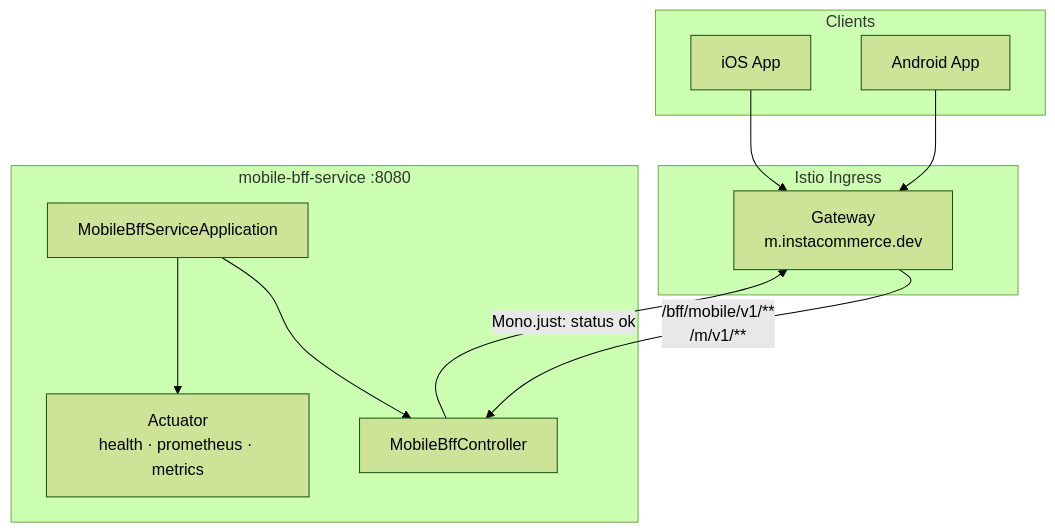
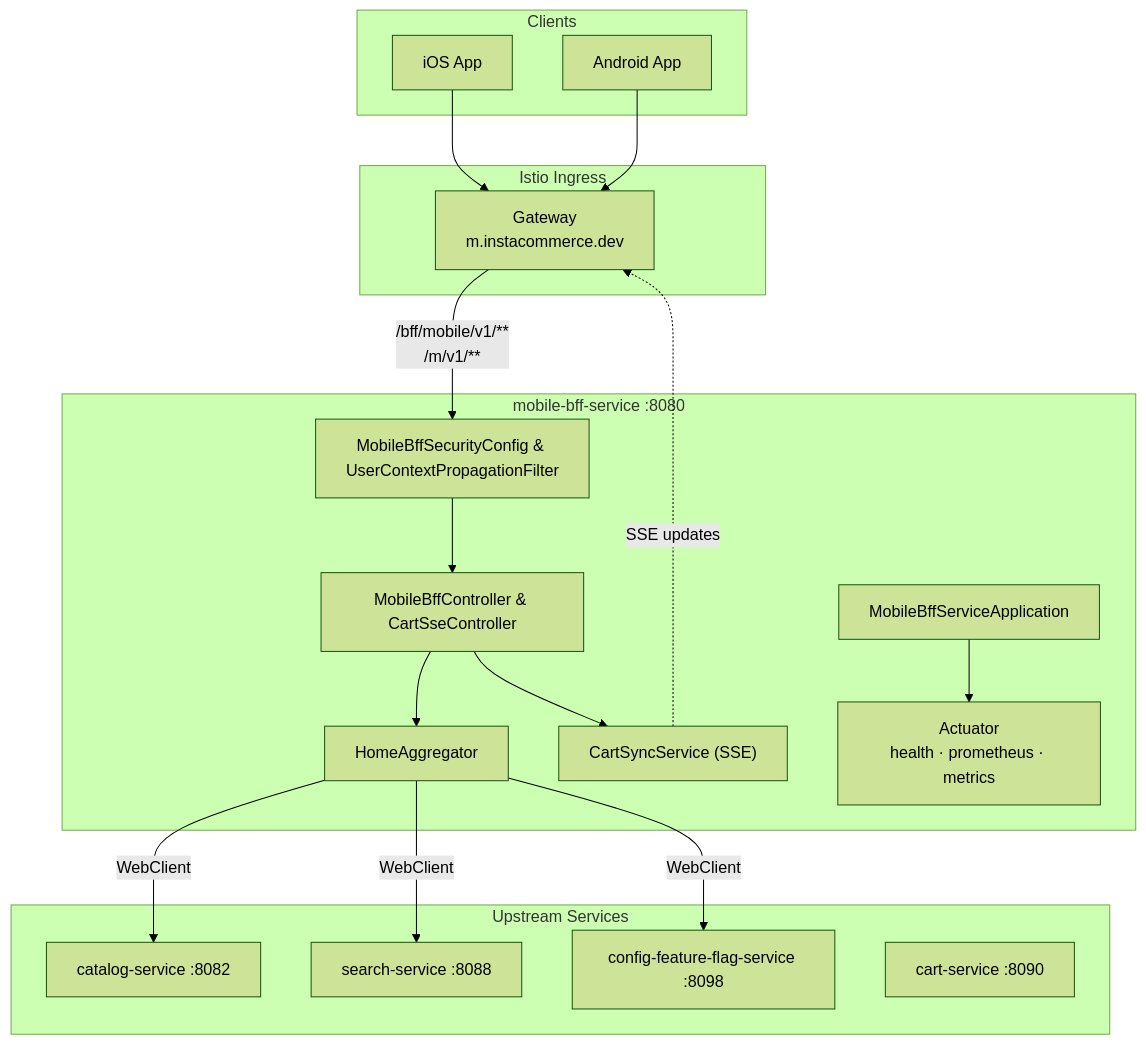
The first of 7 diagrams in services/mobile-bff-service/README.md (sunitakeazycommerz-a11y/InstaCommerce), drawn with Mermaid (forest theme) before and after one commit. The commit also changed other lines of this file and 77 other files, not shown here.

First line of the commit message:
docs: reconcile monorepo architecture, services and runbooks with codebase truth

````diff
--- a/services/mobile-bff-service/README.md
+++ b/services/mobile-bff-service/README.md
@@ -85,24 +85,39 @@
 ```mermaid
 graph TB
     subgraph Clients
         IOS["iOS App"]
         ANDROID["Android App"]
     end
 
     subgraph "Istio Ingress"
         IG["Gateway<br/>m.instacommerce.dev"]
     end
 
     subgraph "mobile-bff-service :8080"
         APP["MobileBffServiceApplication"]
-        CTRL["MobileBffController"]
+        SEC["MobileBffSecurityConfig & UserContextPropagationFilter"]
+        CTRL["MobileBffController & CartSseController"]
+        AGG["HomeAggregator"]
+        SYNC["CartSyncService (SSE)"]
         ACT["Actuator<br/>health · prometheus · metrics"]
+    end
+
+    subgraph Upstream Services
+        CAT["catalog-service :8082"]
+        SEARCH["search-service :8088"]
+        FLAG["config-feature-flag-service :8098"]
+        CART["cart-service :8090"]
     end
 
     IOS --> IG
     ANDROID --> IG
-    IG -->|"/bff/mobile/v1/** <br/> /m/v1/**"| CTRL
-    CTRL -->|"Mono.just: status ok"| IG
-    APP --> CTRL
+    IG -->|"/bff/mobile/v1/** <br/> /m/v1/**"| SEC
+    SEC --> CTRL
+    CTRL --> AGG
+    CTRL --> SYNC
+    AGG -->|WebClient| CAT
+    AGG -->|WebClient| SEARCH
+    AGG -->|WebClient| FLAG
+    SYNC -.->|SSE updates| IG
     APP --> ACT
 ```
````
